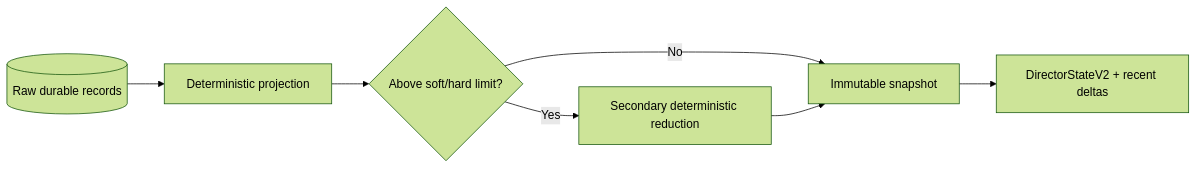
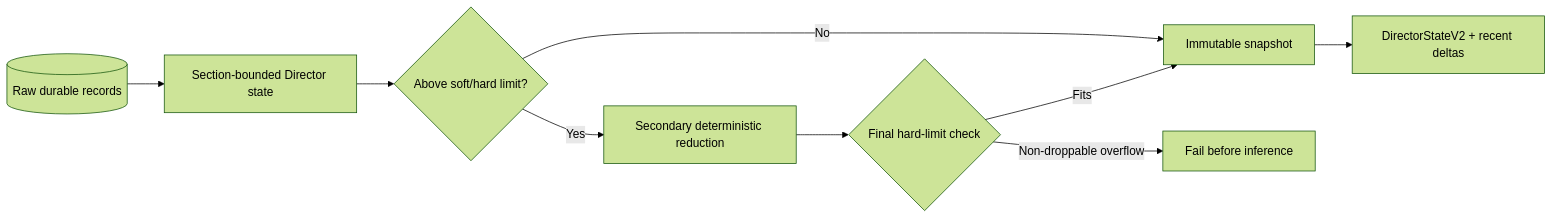
Before and after one commit to hipotures/heg: the diagram in docs/architecture/scientific-memory.md, drawn with Mermaid (forest theme). The commit also changed other lines of this file and 8 other files, not shown here.

````diff
--- a/docs/architecture/scientific-memory.md
+++ b/docs/architecture/scientific-memory.md
@@ -43,9 +43,11 @@
 ```mermaid
 flowchart LR
-    DB[(Raw durable records)] --> P[Deterministic projection]
+    DB[(Raw durable records)] --> P[Section-bounded Director state]
     P --> B{Above soft/hard limit?}
     B -->|No| S[Immutable snapshot]
     B -->|Yes| R[Secondary deterministic reduction]
-    R --> S
+    R --> F{Final hard-limit check}
+    F -->|Fits| S
+    F -->|Non-droppable overflow| X[Fail before inference]
     S --> T[DirectorStateV2 + recent deltas]
 ```
````
